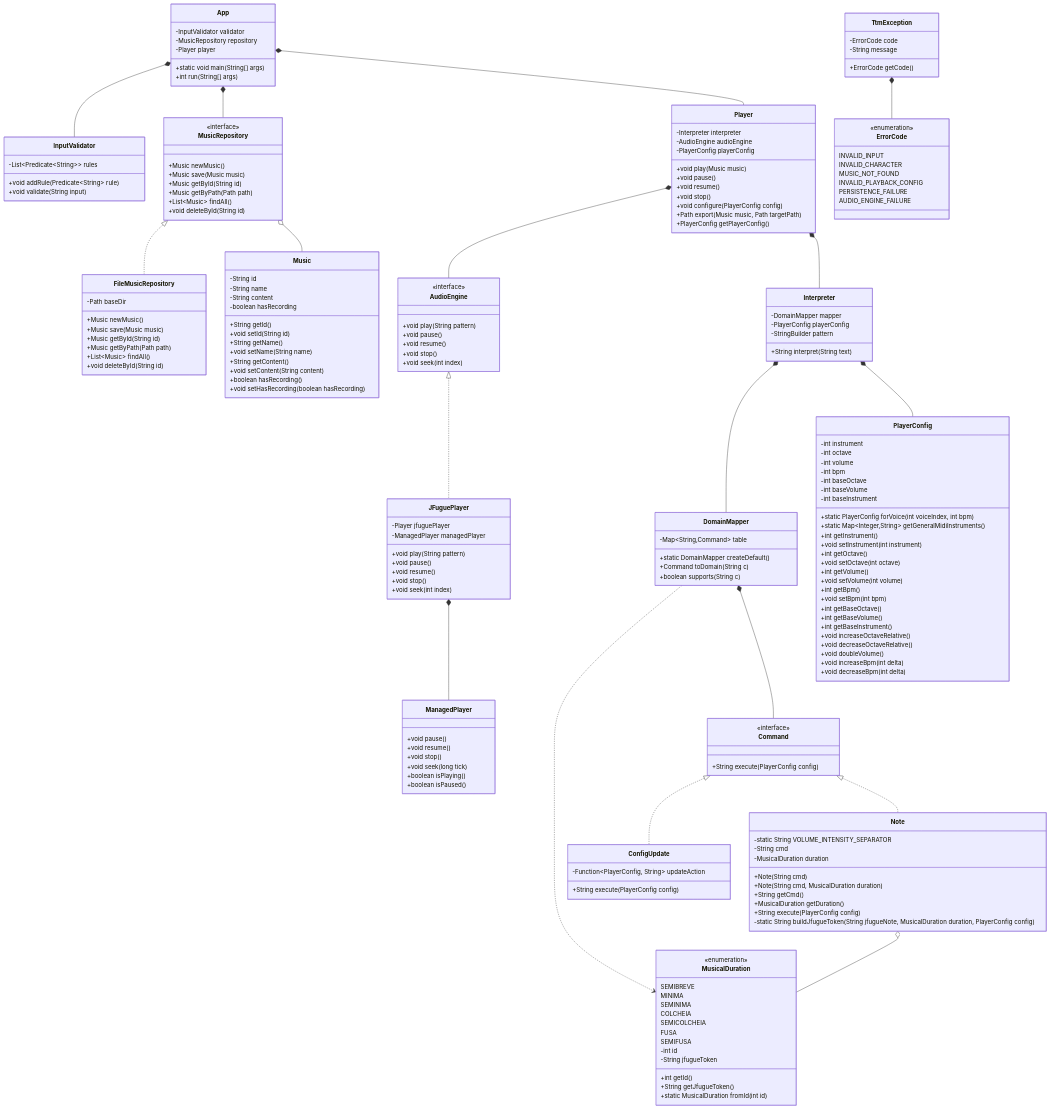
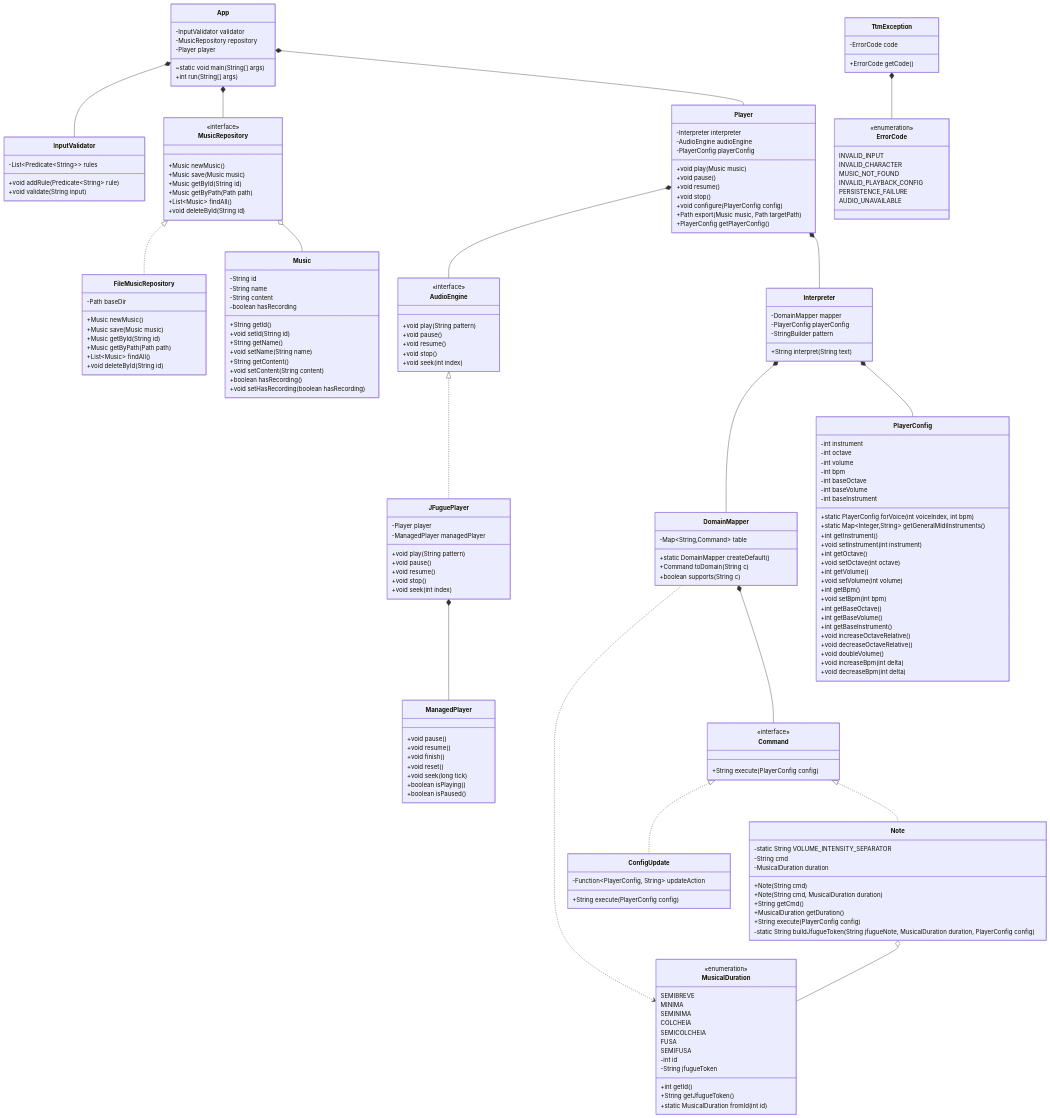
One commit to ExtremeNoHorse/inf01120-dev-sw changed the diagram in design/diagram.mmd. Above: the diagram before and after it, drawn with Mermaid. The commit also changed 3 other files, not shown here.

```diff
--- a/design/diagram.mmd
+++ b/design/diagram.mmd
@@ -5,7 +5,7 @@
 %% TTM - Diagrama de Classes Atualizado (Fase 2)
 %%
 %% Evolucoes da Fase 2 incorporadas:
-%%   1. Suporte a polifonia (linhas como vozes V0-V3) com oitava, volume e instrumento base em PlayerConfig.
+%%   1. Suporte a polifonia (linhas como vozes V0, V1, V2...) com ciclo de parâmetros base a cada quatro vozes.
 %%   2. MusicalDuration enum para representacao das 7 figuras de duracao (semibreve a semifusa).
 %%   3. Note evoluida com suporte a acidentes (#, b) e duracoes explicitas.
 %%   4. DomainMapper com fabrica createDefault() e suporte a tokens estruturados de nota.
@@ -41,7 +41,7 @@
         -InputValidator validator
         -MusicRepository repository
         -Player player
-        +static void main(String[] args)
+        ~static void main(String[] args)
         +int run(String[] args)
     }
 
@@ -189,7 +189,7 @@
     }
 
     class JFuguePlayer {
-        -Player jfuguePlayer
+        -Player player
         -ManagedPlayer managedPlayer
         +void play(String pattern)
         +void pause()
@@ -201,7 +201,8 @@
     class ManagedPlayer {
         +void pause()
         +void resume()
-        +void stop()
+        +void finish()
+        +void reset()
         +void seek(long tick)
         +boolean isPlaying()
         +boolean isPaused()
@@ -209,7 +210,6 @@
 
     class TtmException {
         -ErrorCode code
-        -String message
         +ErrorCode getCode()
     }
 
@@ -220,5 +220,5 @@
         MUSIC_NOT_FOUND
         INVALID_PLAYBACK_CONFIG
         PERSISTENCE_FAILURE
-        AUDIO_ENGINE_FAILURE
+        AUDIO_UNAVAILABLE
     }
```
